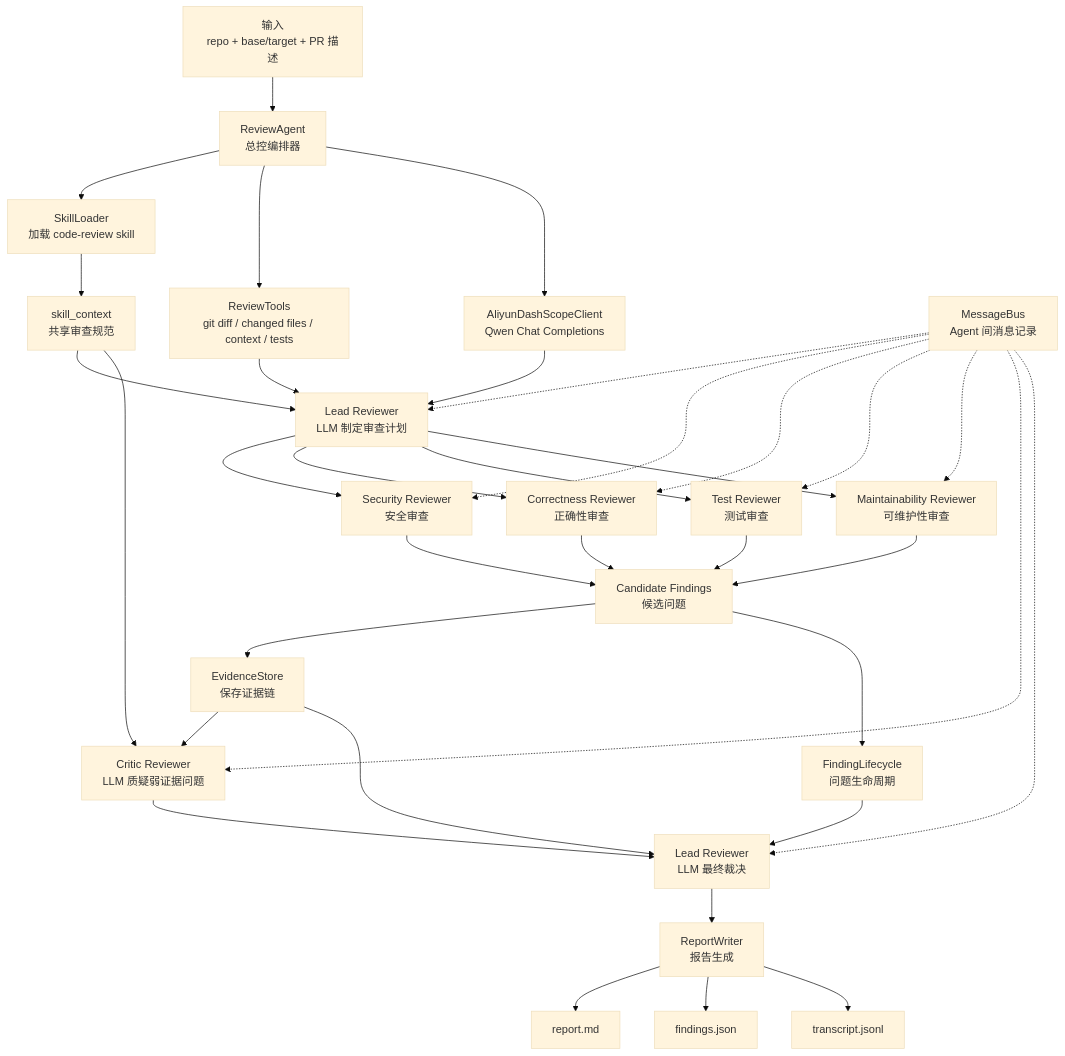
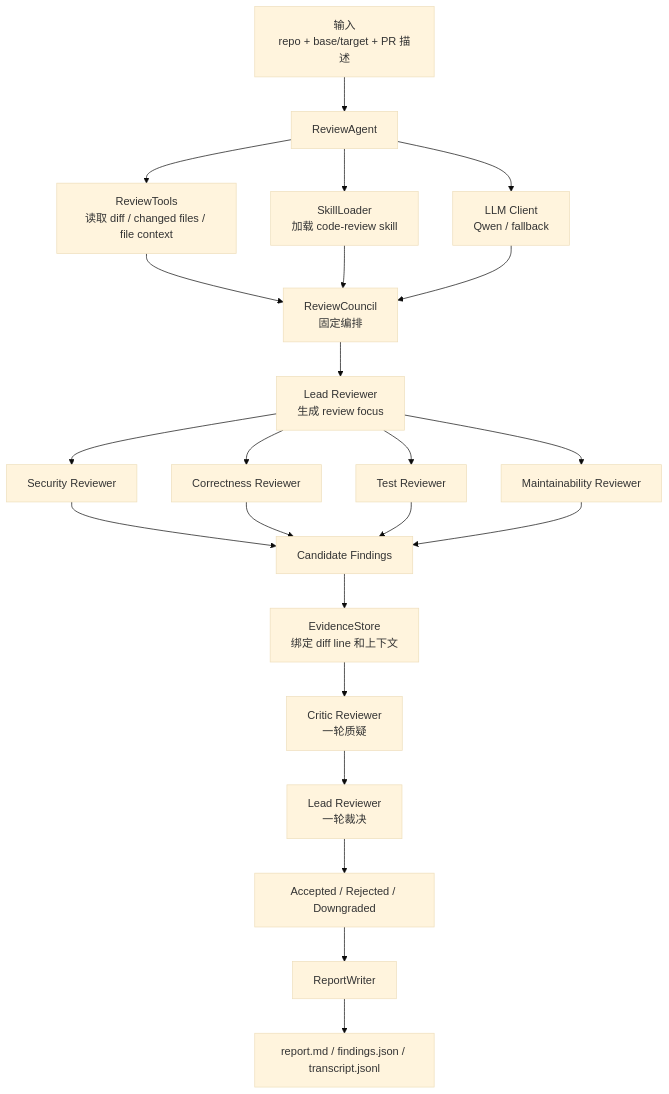
The first of 2 diagrams in README.md (csy-csy123/pr-review-agent-council), drawn with Mermaid (base theme) before and after one commit. The commit also changed other lines of this file and 11 other files, not shown here.

````diff
--- a/README.md
+++ b/README.md
@@ -33,43 +33,29 @@
 ```mermaid
 flowchart TD
-    A["输入<br/>repo + base/target + PR 描述"] --> B["ReviewAgent<br/>总控编排器"]
-    B --> C["SkillLoader<br/>加载 code-review skill"]
-    B --> D["ReviewTools<br/>git diff / changed files / context / tests"]
-    B --> E["AliyunDashScopeClient<br/>Qwen Chat Completions"]
+    A["输入<br/>repo + base/target + PR 描述"] --> B["ReviewAgent"]
+    B --> C["ReviewTools<br/>读取 diff / changed files / file context"]
+    B --> D["SkillLoader<br/>加载 code-review skill"]
+    B --> E["LLM Client<br/>Qwen / fallback"]
 
-    C --> F["skill_context<br/>共享审查规范"]
-    D --> G["Lead Reviewer<br/>LLM 制定审查计划"]
-    E --> G
-    F --> G
+    C --> F["ReviewCouncil<br/>固定编排"]
+    D --> F
+    E --> F
 
-    G --> H["Security Reviewer<br/>安全审查"]
-    G --> I["Correctness Reviewer<br/>正确性审查"]
-    G --> J["Test Reviewer<br/>测试审查"]
-    G --> K["Maintainability Reviewer<br/>可维护性审查"]
+    F --> G["Lead Reviewer<br/>生成 review focus"]
+    G --> H["Security Reviewer"]
+    G --> I["Correctness Reviewer"]
+    G --> J["Test Reviewer"]
+    G --> K["Maintainability Reviewer"]
 
-    H --> L["Candidate Findings<br/>候选问题"]
+    H --> L["Candidate Findings"]
     I --> L
     J --> L
     K --> L
 
-    L --> M["EvidenceStore<br/>保存证据链"]
-    L --> N["FindingLifecycle<br/>问题生命周期"]
-    M --> O["Critic Reviewer<br/>LLM 质疑弱证据问题"]
-    F --> O
-    O --> P["Lead Reviewer<br/>LLM 最终裁决"]
-    M --> P
-    N --> P
-
-    P --> Q["ReportWriter<br/>报告生成"]
-    Q --> R["report.md"]
-    Q --> S["findings.json"]
-    Q --> T["transcript.jsonl"]
-
-    U["MessageBus<br/>Agent 间消息记录"] -.-> G
-    U -.-> H
-    U -.-> I
-    U -.-> J
-    U -.-> K
-    U -.-> O
-    U -.-> P
+    L --> M["EvidenceStore<br/>绑定 diff line 和上下文"]
+    M --> N["Critic Reviewer<br/>一轮质疑"]
+    N --> O["Lead Reviewer<br/>一轮裁决"]
+    O --> P["Accepted / Rejected / Downgraded"]
+    P --> Q["ReportWriter"]
+    Q --> R["report.md / findings.json / transcript.jsonl"]
 ```
````
